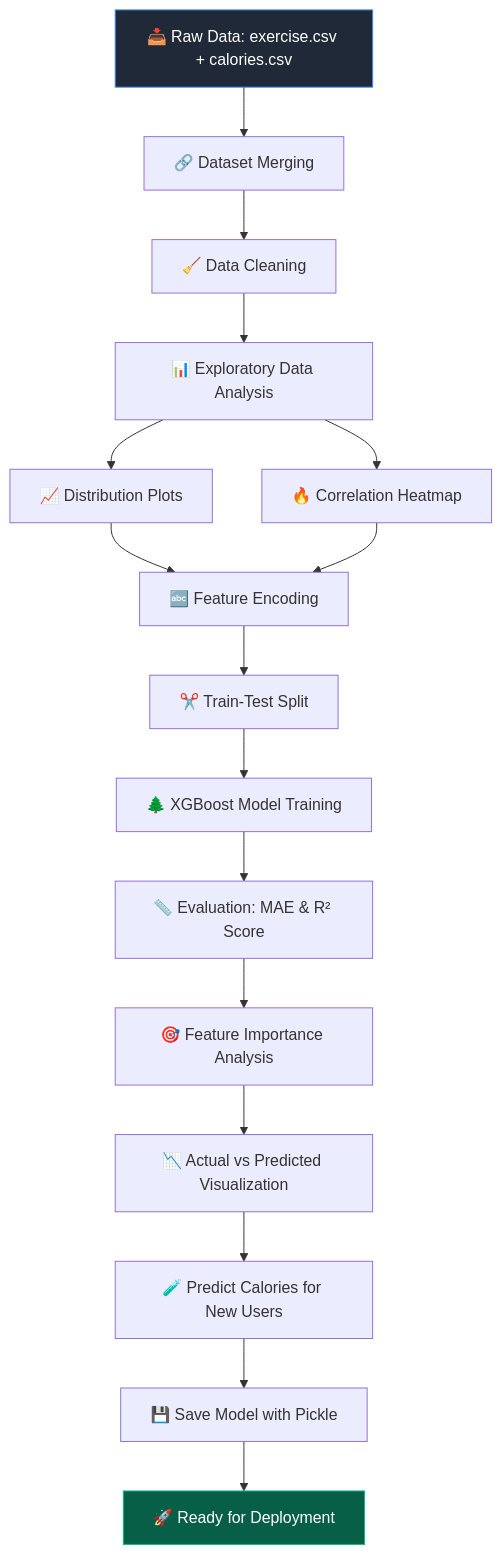
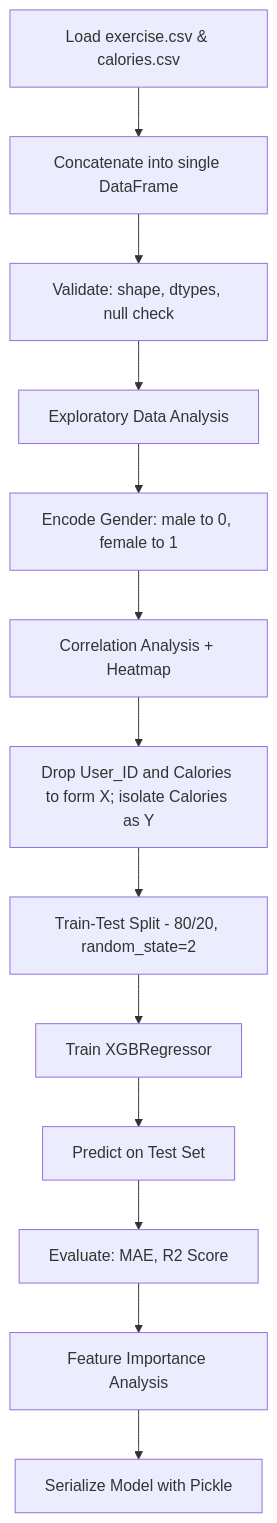
Before and after one commit to Shubhh23/Calories_Burnt_Prediction_ML: the diagram in README.md, drawn with Mermaid. The commit also changed other lines of this file, not shown here.

````diff
--- a/README.md
+++ b/README.md
@@ -143,21 +263,15 @@
 ```mermaid
 flowchart TD
-    A[📥 Raw Data: exercise.csv + calories.csv] --> B[🔗 Dataset Merging]
-    B --> C[🧹 Data Cleaning]
-    C --> D[📊 Exploratory Data Analysis]
-    D --> E[📈 Distribution Plots]
-    D --> F[🔥 Correlation Heatmap]
-    E --> G[🔤 Feature Encoding]
-    F --> G
-    G --> H[✂️ Train-Test Split]
-    H --> I[🌲 XGBoost Model Training]
-    I --> J[📏 Evaluation: MAE & R² Score]
-    J --> K[🎯 Feature Importance Analysis]
-    K --> L[📉 Actual vs Predicted Visualization]
-    L --> M[🧪 Predict Calories for New Users]
-    M --> N[💾 Save Model with Pickle]
-    N --> O[🚀 Ready for Deployment]
-
-    style A fill:#1f2937,stroke:#3b82f6,color:#fff
-    style O fill:#065f46,stroke:#10b981,color:#fff
+    A[Load exercise.csv & calories.csv] --> B[Concatenate into single DataFrame]
+    B --> C[Validate: shape, dtypes, null check]
+    C --> D[Exploratory Data Analysis]
+    D --> E[Encode Gender: male to 0, female to 1]
+    E --> F[Correlation Analysis + Heatmap]
+    F --> G[Drop User_ID and Calories to form X; isolate Calories as Y]
+    G --> H[Train-Test Split - 80/20, random_state=2]
+    H --> I[Train XGBRegressor]
+    I --> J[Predict on Test Set]
+    J --> K[Evaluate: MAE, R2 Score]
+    K --> L[Feature Importance Analysis]
+    L --> M[Serialize Model with Pickle]
 ```
````
